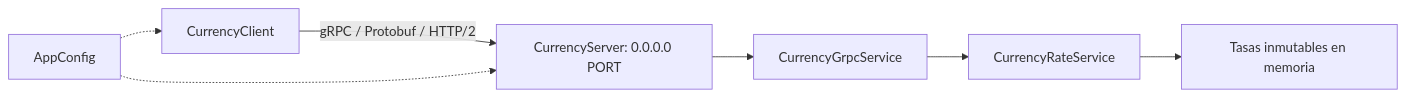
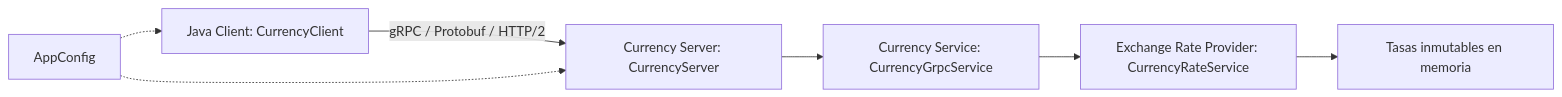
The first of 4 diagrams in docs/arquitectura.md (Diego2004-max/CurrencyRPC), drawn with Mermaid before and after one commit. The commit also changed other lines of this file and 9 other files, not shown here.

````diff
--- a/docs/arquitectura.md
+++ b/docs/arquitectura.md
@@ -5,9 +5,9 @@
 ```mermaid
 flowchart LR
-    C[CurrencyClient] -->|gRPC / Protobuf / HTTP/2| S[CurrencyServer: 0.0.0.0 PORT]
-    S --> G[CurrencyGrpcService]
-    G --> R[CurrencyRateService]
+    C[Java Client: CurrencyClient] -->|gRPC / Protobuf / HTTP/2| S[Currency Server: CurrencyServer]
+    S --> G[Currency Service: CurrencyGrpcService]
+    G --> R[Exchange Rate Provider: CurrencyRateService]
     R --> M[Tasas inmutables en memoria]
     A[AppConfig] -.-> C
     A -.-> S
 ```
````
